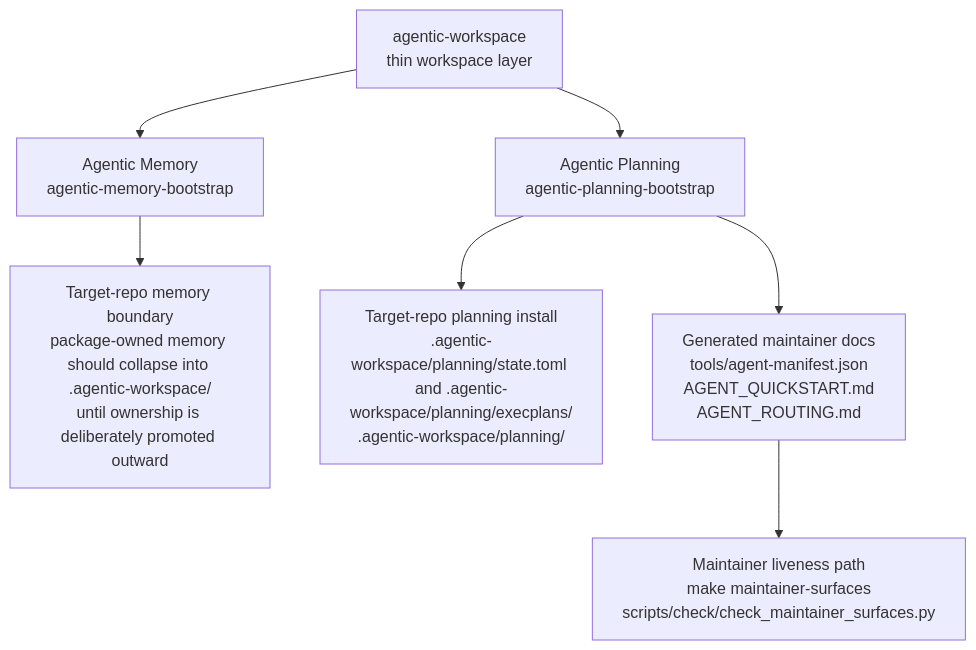
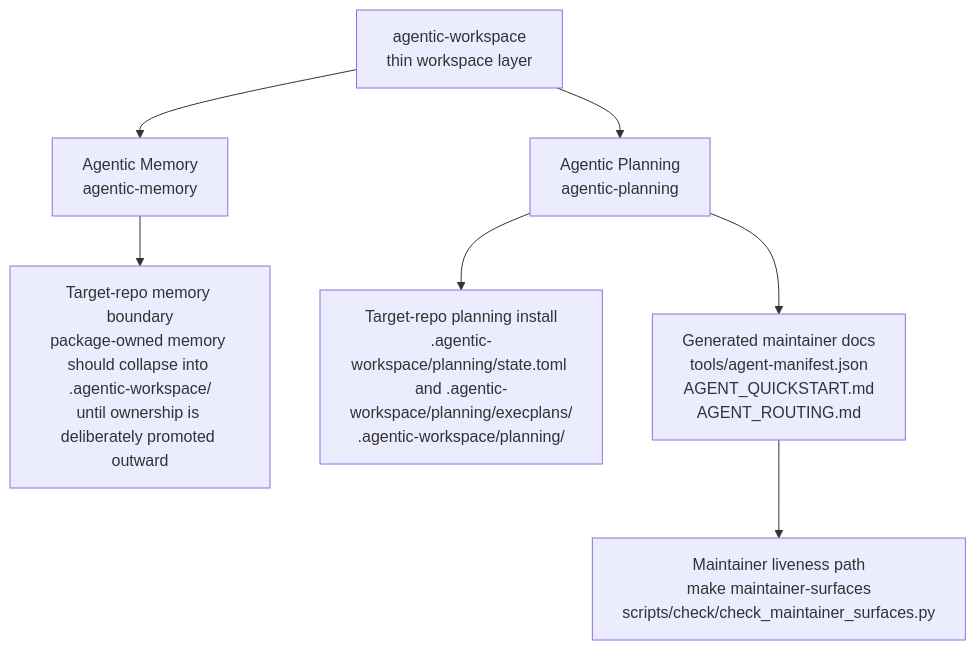
One commit to rickardvh/agentic-workspace changed the diagram in docs/architecture.md. Above: the diagram before and after it, drawn with Mermaid. The commit also changed other lines of this file and 104 other files, not shown here.

````diff
--- a/docs/architecture.md
+++ b/docs/architecture.md
@@ -9,9 +9,9 @@
 ```mermaid
 flowchart TD
-    W[agentic-workspace\nthin workspace layer] --> M[Agentic Memory\nagentic-memory-bootstrap]
-    W --> P[Agentic Planning\nagentic-planning-bootstrap]
+    W[agentic-workspace\nthin workspace layer] --> M[Agentic Memory\nagentic-memory]
+    W --> P[Agentic Planning\nagentic-planning]
     P --> R[Target-repo planning install\n.agentic-workspace/planning/state.toml and .agentic-workspace/planning/execplans/\n.agentic-workspace/planning/]
     M --> N[Target-repo memory boundary\npackage-owned memory should collapse into .agentic-workspace/\nuntil ownership is deliberately promoted outward]
     P --> G[Generated maintainer docs\ntools/agent-manifest.json\nAGENT_QUICKSTART.md\nAGENT_ROUTING.md]
     G --> C[Maintainer liveness path\nmake maintainer-surfaces\nscripts/check/check_maintainer_surfaces.py]
 ```
````
